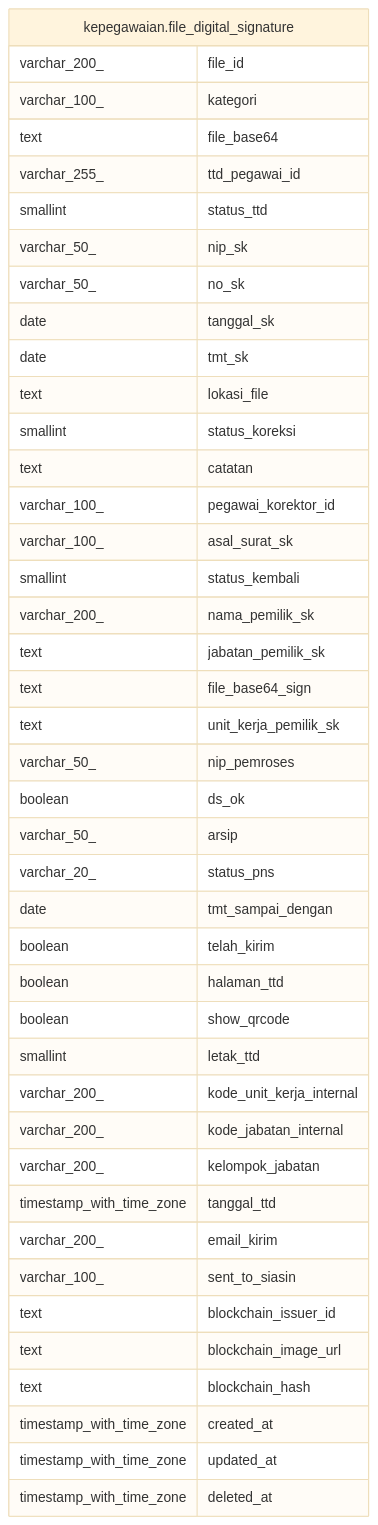
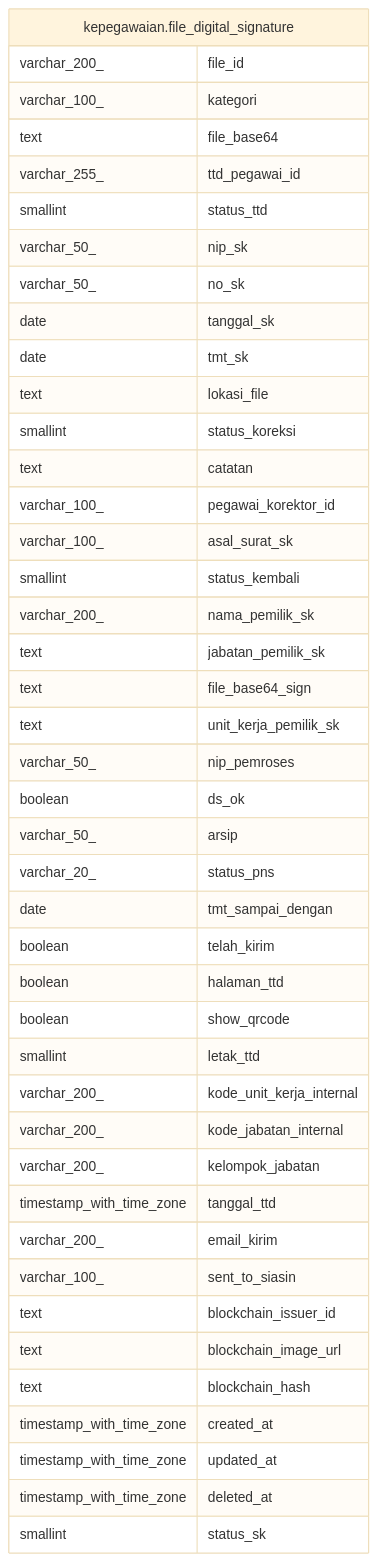
One commit to nandanugg/triforce.nvim changed the diagram in services/kepegawaian/docs/db/kepegawaian.file_digital_signature.md. Above: the diagram before and after it, drawn with Mermaid (base theme). The commit also changed other lines of this file and 16 other files, not shown here.

````diff
--- a/services/kepegawaian/docs/db/kepegawaian.file_digital_signature.md
+++ b/services/kepegawaian/docs/db/kepegawaian.file_digital_signature.md
@@ -64,47 +65,48 @@
 ```mermaid
 erDiagram
 
 
 "kepegawaian.file_digital_signature" {
   varchar_200_ file_id
   varchar_100_ kategori
   text file_base64
   varchar_255_ ttd_pegawai_id
   smallint status_ttd
   varchar_50_ nip_sk
   varchar_50_ no_sk
   date tanggal_sk
   date tmt_sk
   text lokasi_file
   smallint status_koreksi
   text catatan
   varchar_100_ pegawai_korektor_id
   varchar_100_ asal_surat_sk
   smallint status_kembali
   varchar_200_ nama_pemilik_sk
   text jabatan_pemilik_sk
   text file_base64_sign
   text unit_kerja_pemilik_sk
   varchar_50_ nip_pemroses
   boolean ds_ok
   varchar_50_ arsip
   varchar_20_ status_pns
   date tmt_sampai_dengan
   boolean telah_kirim
   boolean halaman_ttd
   boolean show_qrcode
   smallint letak_ttd
   varchar_200_ kode_unit_kerja_internal
   varchar_200_ kode_jabatan_internal
   varchar_200_ kelompok_jabatan
   timestamp_with_time_zone tanggal_ttd
   varchar_200_ email_kirim
   varchar_100_ sent_to_siasin
   text blockchain_issuer_id
   text blockchain_image_url
   text blockchain_hash
   timestamp_with_time_zone created_at
   timestamp_with_time_zone updated_at
   timestamp_with_time_zone deleted_at
+  smallint status_sk
 }
 ```
````
